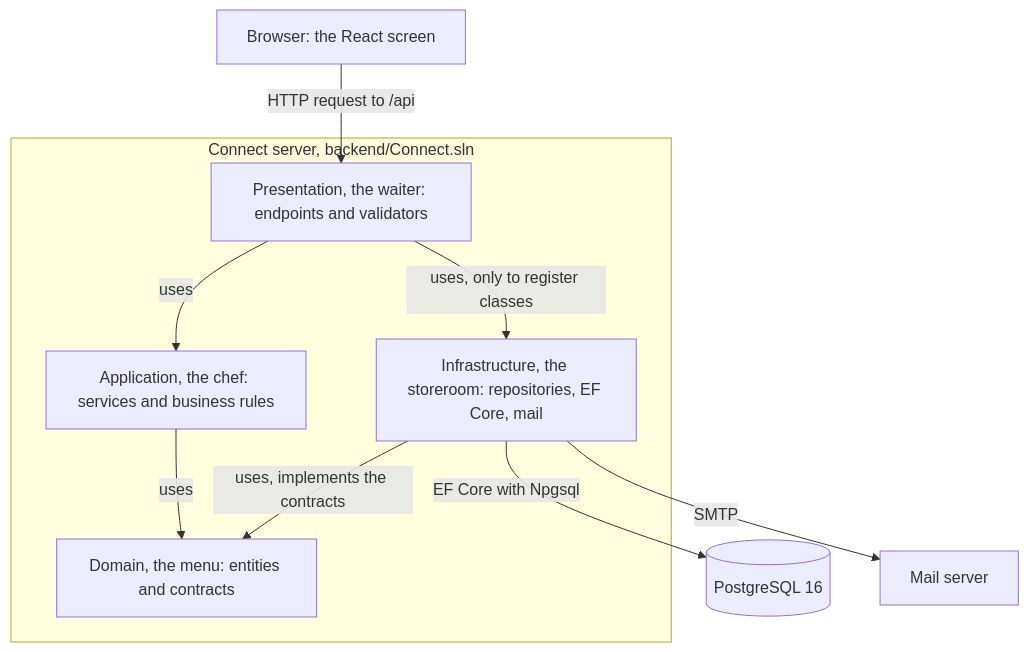
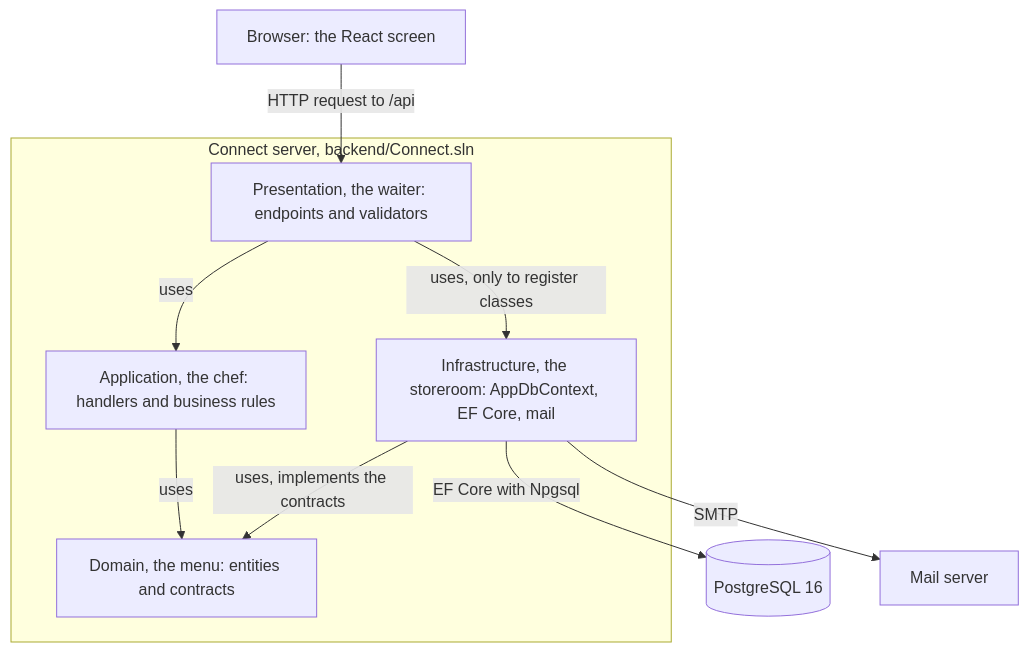
The first of 4 diagrams in docs/architecture/architecture.md (guruITA/connect-nine), drawn with Mermaid before and after one commit. The commit also changed other lines of this file and 7 other files, not shown here.

````diff
--- a/docs/architecture/architecture.md
+++ b/docs/architecture/architecture.md
@@ -142,16 +148,16 @@
 ```mermaid
 flowchart TB
     Browser["Browser: the React screen"] -->|"HTTP request to /api"| P
     subgraph Server["Connect server, backend/Connect.sln"]
         P["Presentation, the waiter: endpoints and validators"]
-        A["Application, the chef: services and business rules"]
+        A["Application, the chef: handlers and business rules"]
         D["Domain, the menu: entities and contracts"]
-        I["Infrastructure, the storeroom: repositories, EF Core, mail"]
+        I["Infrastructure, the storeroom: AppDbContext, EF Core, mail"]
         P -->|"uses"| A
         P -->|"uses, only to register classes"| I
         A -->|"uses"| D
         I -->|"uses, implements the contracts"| D
     end
     I -->|"EF Core with Npgsql"| DB[("PostgreSQL 16")]
     I -->|"SMTP"| Mail["Mail server"]
 ```
````
